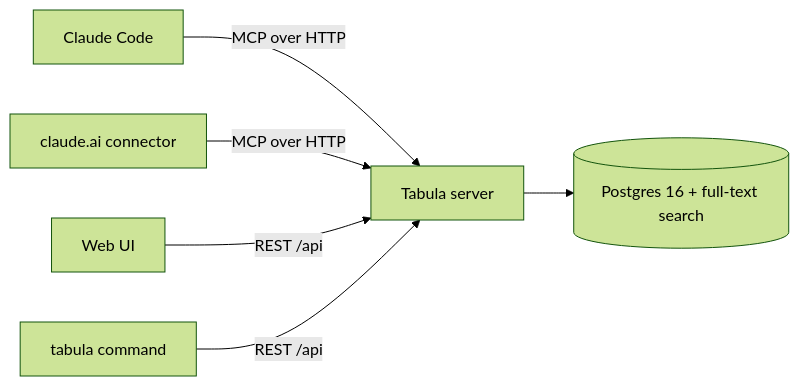
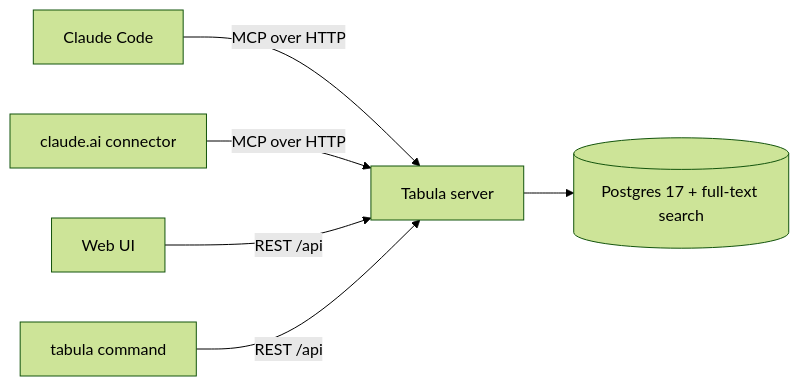
Before and after one commit to carnaby/tabula-mcp: the diagram in README.md, drawn with Mermaid (forest theme). The commit also changed other lines of this file and 4 other files, not shown here.

````diff
--- a/README.md
+++ b/README.md
@@ -251,8 +251,8 @@
 ```mermaid
 flowchart LR
   CC[Claude Code] -->|MCP over HTTP| T[Tabula server]
   CA[claude.ai connector] -->|MCP over HTTP| T
   UI[Web UI] -->|REST /api| T
   CLI[tabula command] -->|REST /api| T
-  T --> PG[(Postgres 16 + full-text search)]
+  T --> PG[(Postgres 17 + full-text search)]
 ```
````
